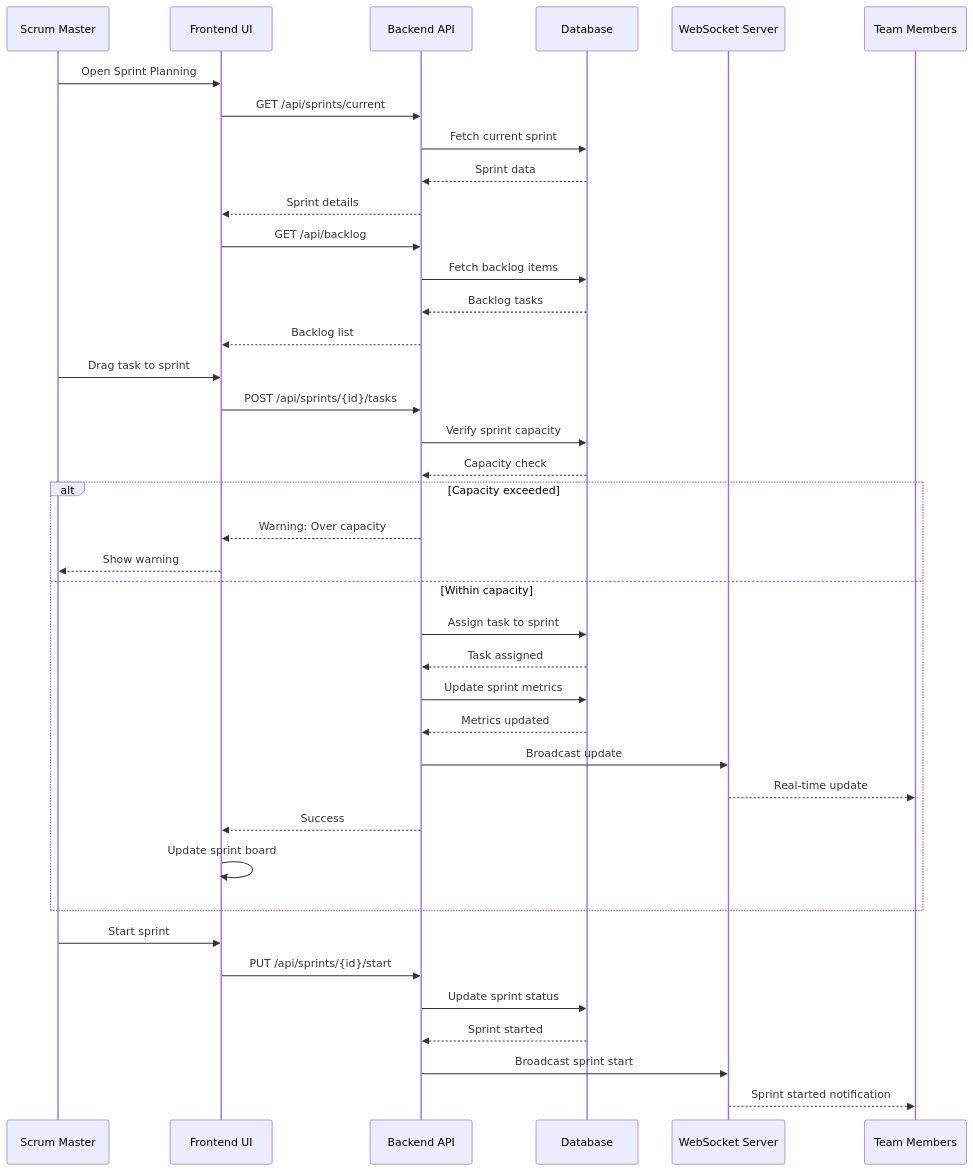
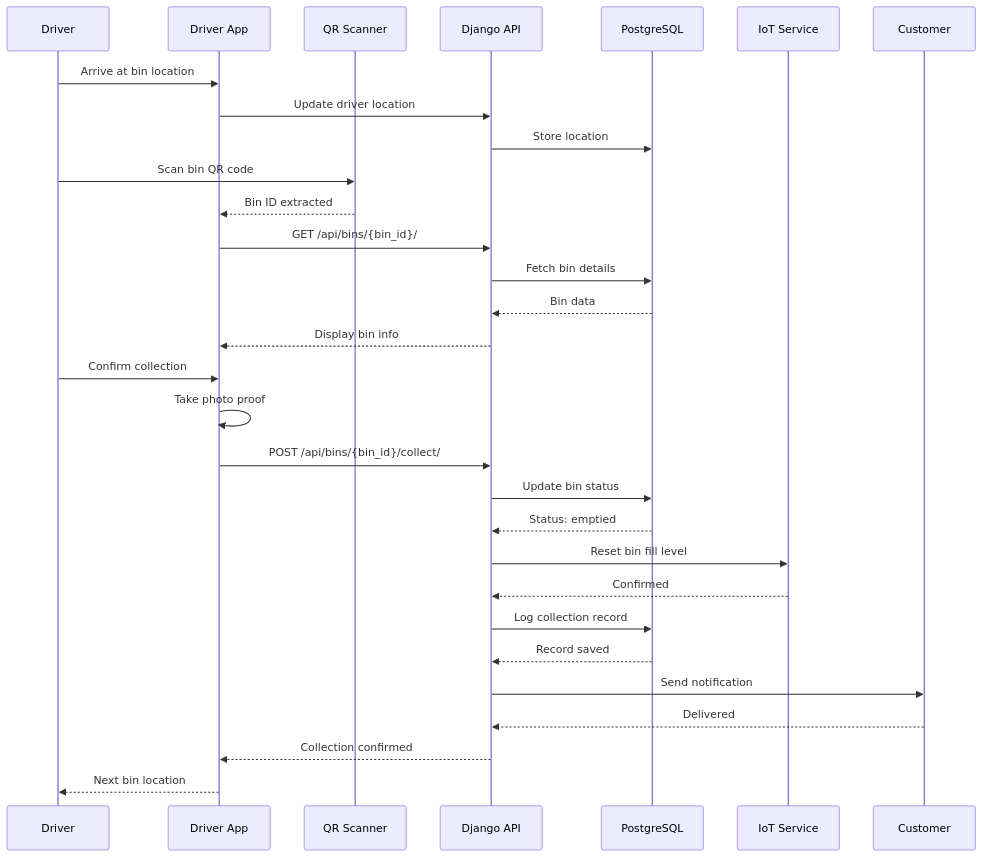
One commit to Ellis-Ayikwei/waste-wise changed the fourth of 10 diagrams in documentation/diagrams/sequence-diagrams.md. Above: the diagram before and after it, drawn with Mermaid. The commit also changed other lines of this file and 5 other files, not shown here.

Commit message:
Update architecture docs for Wasgo smart waste management system

````diff
--- a/documentation/diagrams/sequence-diagrams.md
+++ b/documentation/diagrams/sequence-diagrams.md
@@ -140,46 +117,41 @@
 ```mermaid
 sequenceDiagram
-    participant SM as Scrum Master
-    participant UI as Frontend UI
-    participant API as Backend API
-    participant DB as Database
-    participant WS as WebSocket Server
-    participant Team as Team Members
+    participant Driver as Driver
+    participant App as Driver App
+    participant QR as QR Scanner
+    participant API as Django API
+    participant DB as PostgreSQL
+    participant IoT as IoT Service
+    participant Customer as Customer
 
-    SM->>UI: Open Sprint Planning
-    UI->>API: GET /api/sprints/current
-    API->>DB: Fetch current sprint
-    DB-->>API: Sprint data
-    API-->>UI: Sprint details
+    Driver->>App: Arrive at bin location
+    App->>API: Update driver location
+    API->>DB: Store location
     
-    UI->>API: GET /api/backlog
-    API->>DB: Fetch backlog items
-    DB-->>API: Backlog tasks
-    API-->>UI: Backlog list
+    Driver->>QR: Scan bin QR code
+    QR-->>App: Bin ID extracted
     
-    SM->>UI: Drag task to sprint
-    UI->>API: POST /api/sprints/{id}/tasks
-    API->>DB: Verify sprint capacity
-    DB-->>API: Capacity check
+    App->>API: GET /api/bins/{bin_id}/
+    API->>DB: Fetch bin details
+    DB-->>API: Bin data
+    API-->>App: Display bin info
     
-    alt Capacity exceeded
-        API-->>UI: Warning: Over capacity
-        UI-->>SM: Show warning
-    else Within capacity
-        API->>DB: Assign task to sprint
-        DB-->>API: Task assigned
-        API->>DB: Update sprint metrics
-        DB-->>API: Metrics updated
-        API->>WS: Broadcast update
-        WS-->>Team: Real-time update
-        API-->>UI: Success
-        UI->>UI: Update sprint board
-    end
+    Driver->>App: Confirm collection
+    App->>App: Take photo proof
+    App->>API: POST /api/bins/{bin_id}/collect/
     
-    SM->>UI: Start sprint
-    UI->>API: PUT /api/sprints/{id}/start
-    API->>DB: Update sprint status
-    DB-->>API: Sprint started
-    API->>WS: Broadcast sprint start
-    WS-->>Team: Sprint started notification
+    API->>DB: Update bin status
+    DB-->>API: Status: emptied
+    
+    API->>IoT: Reset bin fill level
+    IoT-->>API: Confirmed
+    
+    API->>DB: Log collection record
+    DB-->>API: Record saved
+    
+    API->>Customer: Send notification
+    Customer-->>API: Delivered
+    
+    API-->>App: Collection confirmed
+    App-->>Driver: Next bin location
 ```
````
